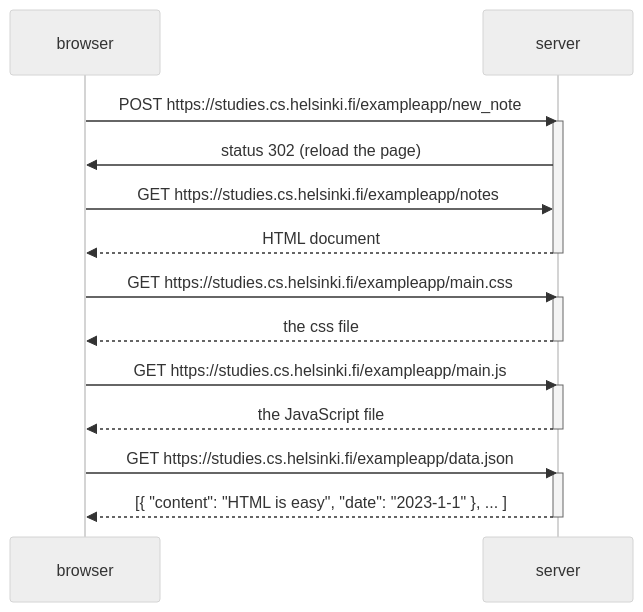
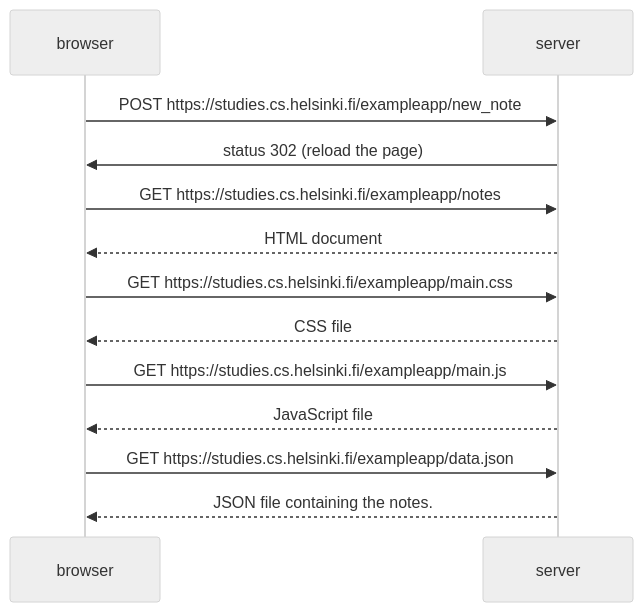
The diagram in Part0/exercise04.mmd (Mash1-1/FullStackOpen), drawn with Mermaid (neutral theme) before and after one commit.

Commit message:
Update exercise04.mmd
Minor changes

```diff
--- a/Part0/exercise04.mmd
+++ b/Part0/exercise04.mmd
@@ -1,25 +1,18 @@
 sequenceDiagram
     participant browser
     participant server
 
     browser->>server: POST https://studies.cs.helsinki.fi/exampleapp/new_note
-    activate server
     server->>browser: status 302 (reload the page)
+    
     browser->>server: GET https://studies.cs.helsinki.fi/exampleapp/notes
     server-->>browser: HTML document
-    deactivate server
 
     browser->>server: GET https://studies.cs.helsinki.fi/exampleapp/main.css
-    activate server
-    server-->>browser: the css file
-    deactivate server
+    server-->>browser: CSS file
 
     browser->>server: GET https://studies.cs.helsinki.fi/exampleapp/main.js
-    activate server
-    server-->>browser: the JavaScript file
-    deactivate server
+    server-->>browser: JavaScript file
 
     browser->>server: GET https://studies.cs.helsinki.fi/exampleapp/data.json
-    activate server
-    server-->>browser: [{ "content": "HTML is easy", "date": "2023-1-1" }, ... ]
-    deactivate server
+    server-->>browser: JSON file containing the notes.
```
